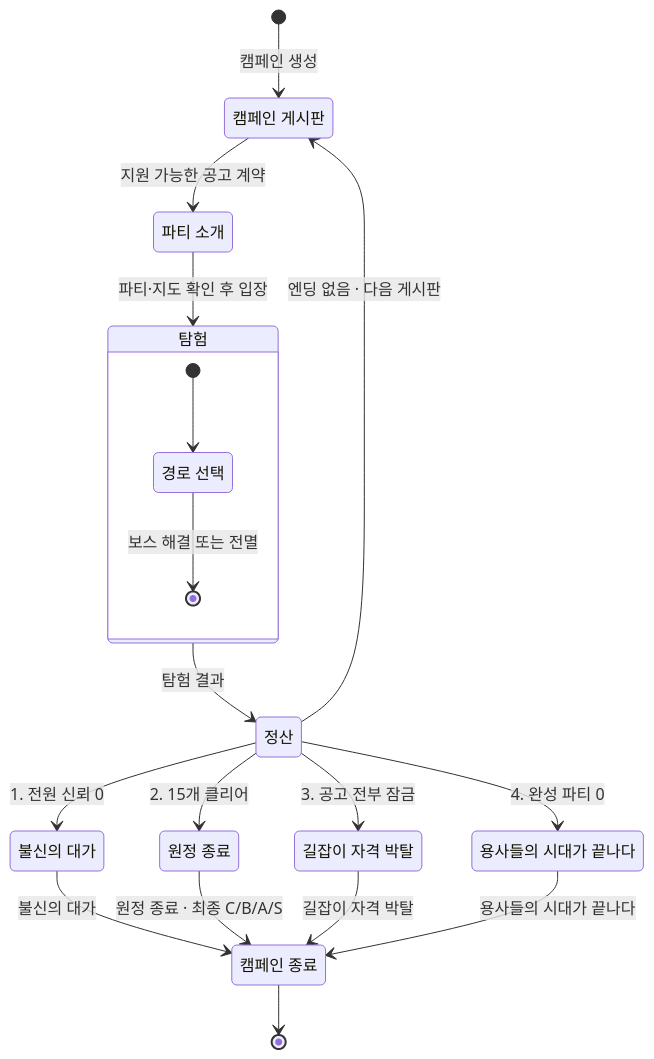
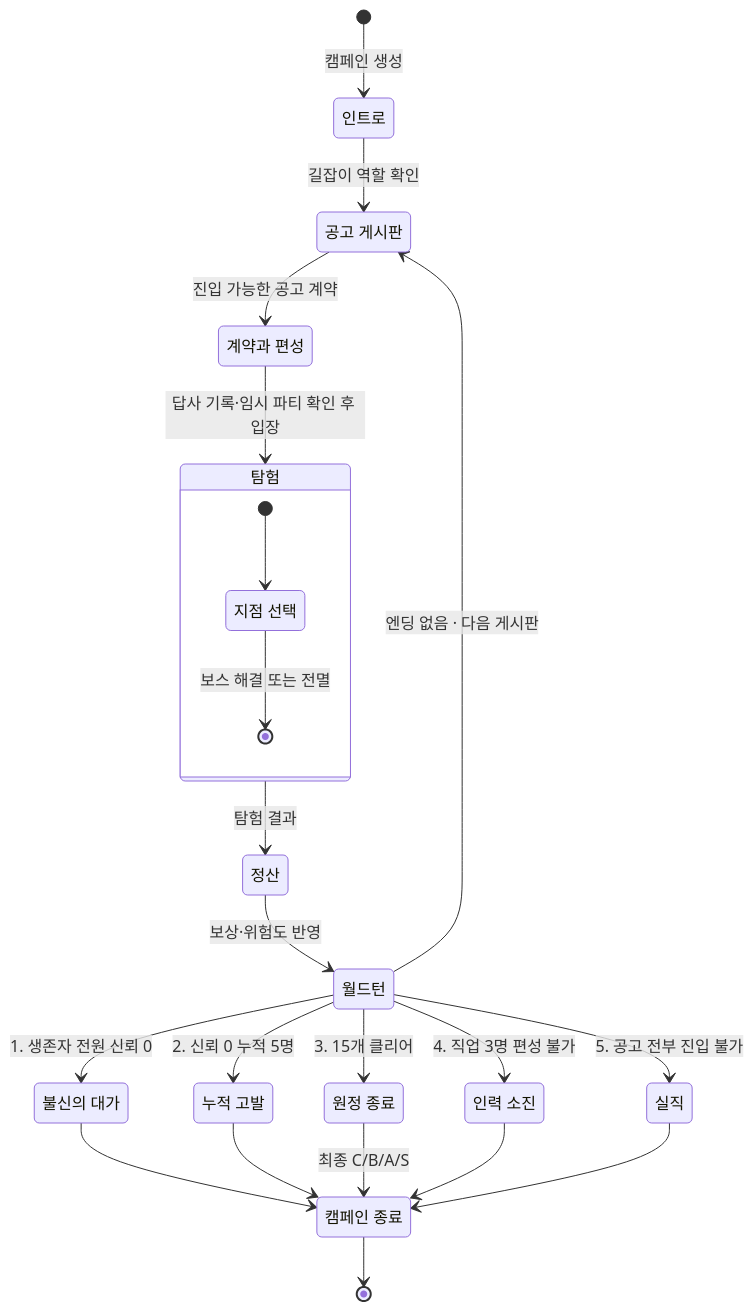
The diagram in docs/diagram/campaign-state.md (LatteBun/Dungeon_Schemer), drawn with Mermaid before and after one commit. The commit also changed other lines of this file and 10 other files, not shown here.

First line of the commit message:
문서: 색인·회의록·다이어그램 md를 새 문서 집합에 맞춘다

````diff
--- a/docs/diagram/campaign-state.md
+++ b/docs/diagram/campaign-state.md
@@ -10,30 +10,37 @@
 ```mermaid
 stateDiagram-v2
-    state "캠페인 게시판" as campaignBoard
-    state "파티 소개" as partyIntro
+    state "인트로" as intro
+    state "공고 게시판" as campaignBoard
+    state "계약과 편성" as contract
     state "정산" as settlement
+    state "월드턴" as worldTurn
     state "불신의 대가" as distrust
+    state "누적 고발" as denounced
     state "원정 종료" as completed
-    state "길잡이 자격 박탈" as disqualified
-    state "용사들의 시대가 끝나다" as exhausted
+    state "인력 소진" as exhausted
+    state "실직" as unemployed
     state "캠페인 종료" as campaignEnded
-    [*] --> campaignBoard: 캠페인 생성
-    campaignBoard --> partyIntro: 지원 가능한 공고 계약
-    partyIntro --> expedition: 파티·지도 확인 후 입장
+    [*] --> intro: 캠페인 생성
+    intro --> campaignBoard: 길잡이 역할 확인
+    campaignBoard --> contract: 진입 가능한 공고 계약
+    contract --> expedition: 답사 기록·임시 파티 확인 후 입장
     state "탐험" as expedition {
-        state "경로 선택" as pathChoice
+        state "지점 선택" as pathChoice
         [*] --> pathChoice
         pathChoice --> [*]: 보스 해결 또는 전멸
     }
     expedition --> settlement: 탐험 결과
-    settlement --> distrust: 1. 전원 신뢰 0
-    settlement --> completed: 2. 15개 클리어
-    settlement --> disqualified: 3. 공고 전부 잠금
-    settlement --> exhausted: 4. 완성 파티 0
-    settlement --> campaignBoard: 엔딩 없음 · 다음 게시판
-    distrust --> campaignEnded: 불신의 대가
-    completed --> campaignEnded: 원정 종료 · 최종 C/B/A/S
-    disqualified --> campaignEnded: 길잡이 자격 박탈
-    exhausted --> campaignEnded: 용사들의 시대가 끝나다
+    settlement --> worldTurn: 보상·위험도 반영
+    worldTurn --> distrust: 1. 생존자 전원 신뢰 0
+    worldTurn --> denounced: 2. 신뢰 0 누적 5명
+    worldTurn --> completed: 3. 15개 클리어
+    worldTurn --> exhausted: 4. 직업 3명 편성 불가
+    worldTurn --> unemployed: 5. 공고 전부 진입 불가
+    worldTurn --> campaignBoard: 엔딩 없음 · 다음 게시판
+    distrust --> campaignEnded
+    denounced --> campaignEnded
+    completed --> campaignEnded: 최종 C/B/A/S
+    exhausted --> campaignEnded
+    unemployed --> campaignEnded
     campaignEnded --> [*]
 ```
````
